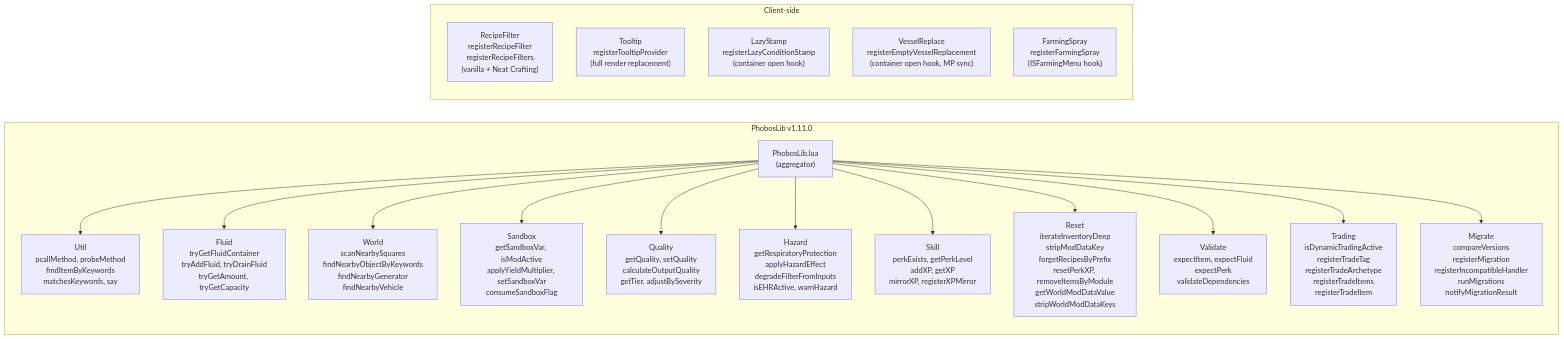
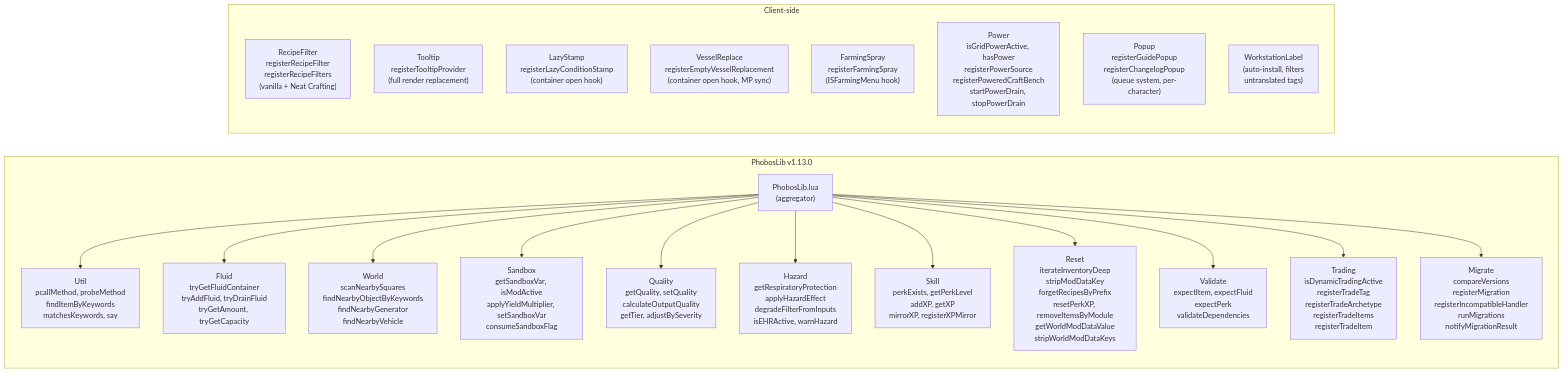
The diagram in docs/mermaid-src/phoboslib-modules.mmd (phobos-dthorga/mod-pz-phobos-lib), drawn with Mermaid before and after one commit. The commit also changed 1 other file, not shown here.

Commit message:
docs: update module-overview and diagrams for v1.13.0
Add 3 new client modules (Power, Popup, WorkstationLabel) to the
mermaid architecture diagram and module-overview API reference.
Update version from v1.11.0 to v1.13.0, module counts from 17 to 20,
and client module counts from 5 to 8.

```diff
--- a/docs/mermaid-src/phoboslib-modules.mmd
+++ b/docs/mermaid-src/phoboslib-modules.mmd
@@ -1,50 +1,56 @@
 graph LR
-    subgraph LIB["PhobosLib v1.11.0"]
+    subgraph LIB["PhobosLib v1.13.0"]
         INIT["PhobosLib.lua<br/>(aggregator)"]
 
         UTIL["Util<br/>pcallMethod, probeMethod<br/>findItemByKeywords<br/>matchesKeywords, say"]
 
         FLUID["Fluid<br/>tryGetFluidContainer<br/>tryAddFluid, tryDrainFluid<br/>tryGetAmount, tryGetCapacity"]
 
         WORLD["World<br/>scanNearbySquares<br/>findNearbyObjectByKeywords<br/>findNearbyGenerator<br/>findNearbyVehicle"]
 
         SANDBOX["Sandbox<br/>getSandboxVar, isModActive<br/>applyYieldMultiplier, setSandboxVar<br/>consumeSandboxFlag"]
 
         QUALITY["Quality<br/>getQuality, setQuality<br/>calculateOutputQuality<br/>getTier, adjustBySeverity"]
 
         HAZ["Hazard<br/>getRespiratoryProtection<br/>applyHazardEffect<br/>degradeFilterFromInputs<br/>isEHRActive, warnHazard"]
 
         SKL["Skill<br/>perkExists, getPerkLevel<br/>addXP, getXP<br/>mirrorXP, registerXPMirror"]
 
         RST["Reset<br/>iterateInventoryDeep<br/>stripModDataKey<br/>forgetRecipesByPrefix<br/>resetPerkXP, removeItemsByModule<br/>getWorldModDataValue<br/>stripWorldModDataKeys"]
 
         VAL["Validate<br/>expectItem, expectFluid<br/>expectPerk<br/>validateDependencies"]
 
         TRADING["Trading<br/>isDynamicTradingActive<br/>registerTradeTag<br/>registerTradeArchetype<br/>registerTradeItems<br/>registerTradeItem"]
 
         MIGRATE["Migrate<br/>compareVersions<br/>registerMigration<br/>registerIncompatibleHandler<br/>runMigrations<br/>notifyMigrationResult"]
     end
 
     subgraph CLIENT["Client-side"]
         RF["RecipeFilter<br/>registerRecipeFilter<br/>registerRecipeFilters<br/>(vanilla + Neat Crafting)"]
 
         TT["Tooltip<br/>registerTooltipProvider<br/>(full render replacement)"]
 
         LS["LazyStamp<br/>registerLazyConditionStamp<br/>(container open hook)"]
 
         VR["VesselReplace<br/>registerEmptyVesselReplacement<br/>(container open hook, MP sync)"]
 
         FS["FarmingSpray<br/>registerFarmingSpray<br/>(ISFarmingMenu hook)"]
+
+        PW["Power<br/>isGridPowerActive, hasPower<br/>registerPowerSource<br/>registerPoweredCraftBench<br/>startPowerDrain, stopPowerDrain"]
+
+        PP["Popup<br/>registerGuidePopup<br/>registerChangelogPopup<br/>(queue system, per-character)"]
+
+        WL["WorkstationLabel<br/>(auto-install, filters<br/>untranslated tags)"]
     end
 
     INIT --> UTIL
     INIT --> FLUID
     INIT --> WORLD
     INIT --> SANDBOX
     INIT --> QUALITY
     INIT --> HAZ
     INIT --> SKL
     INIT --> RST
     INIT --> VAL
     INIT --> TRADING
     INIT --> MIGRATE
```
